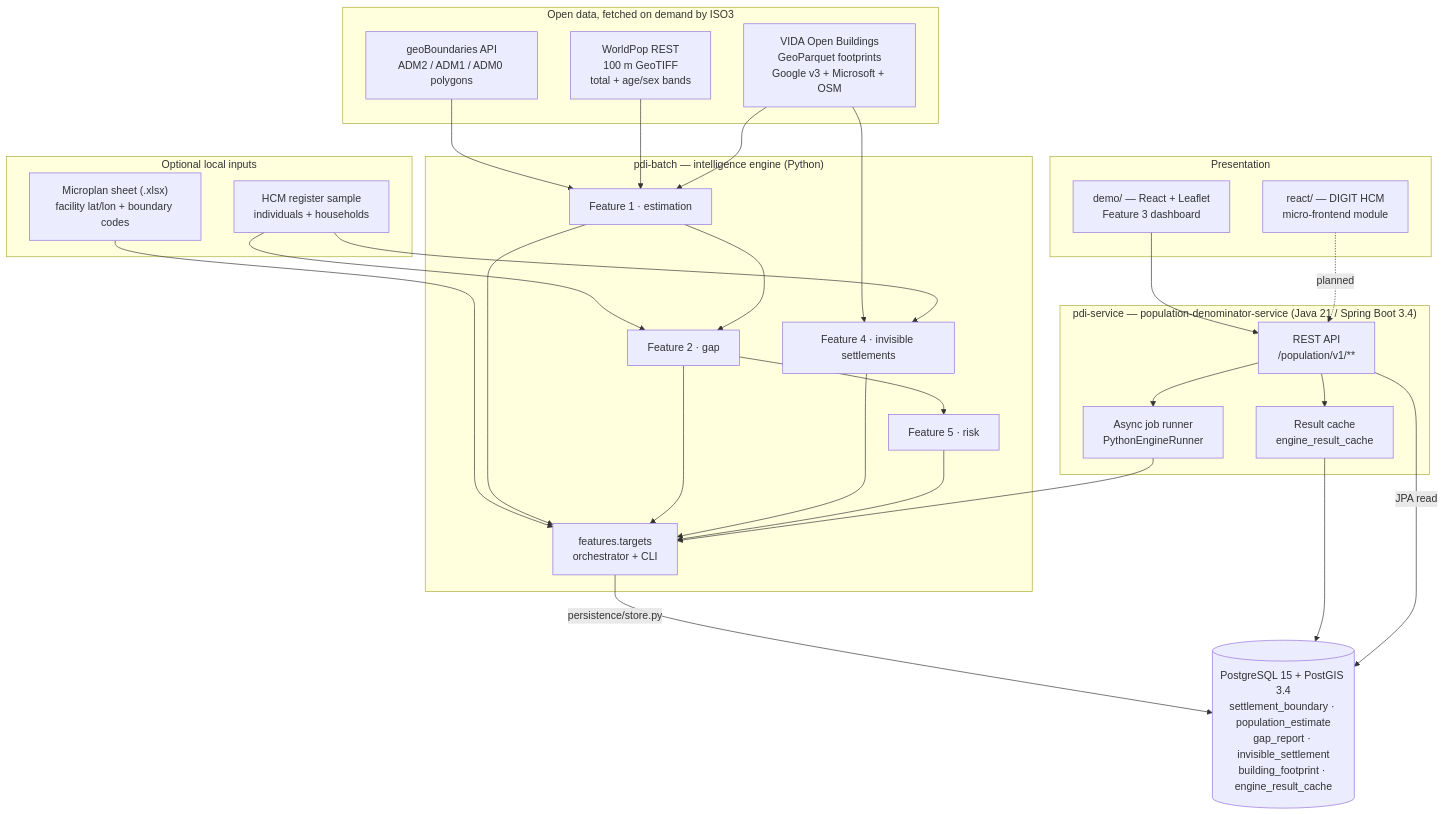
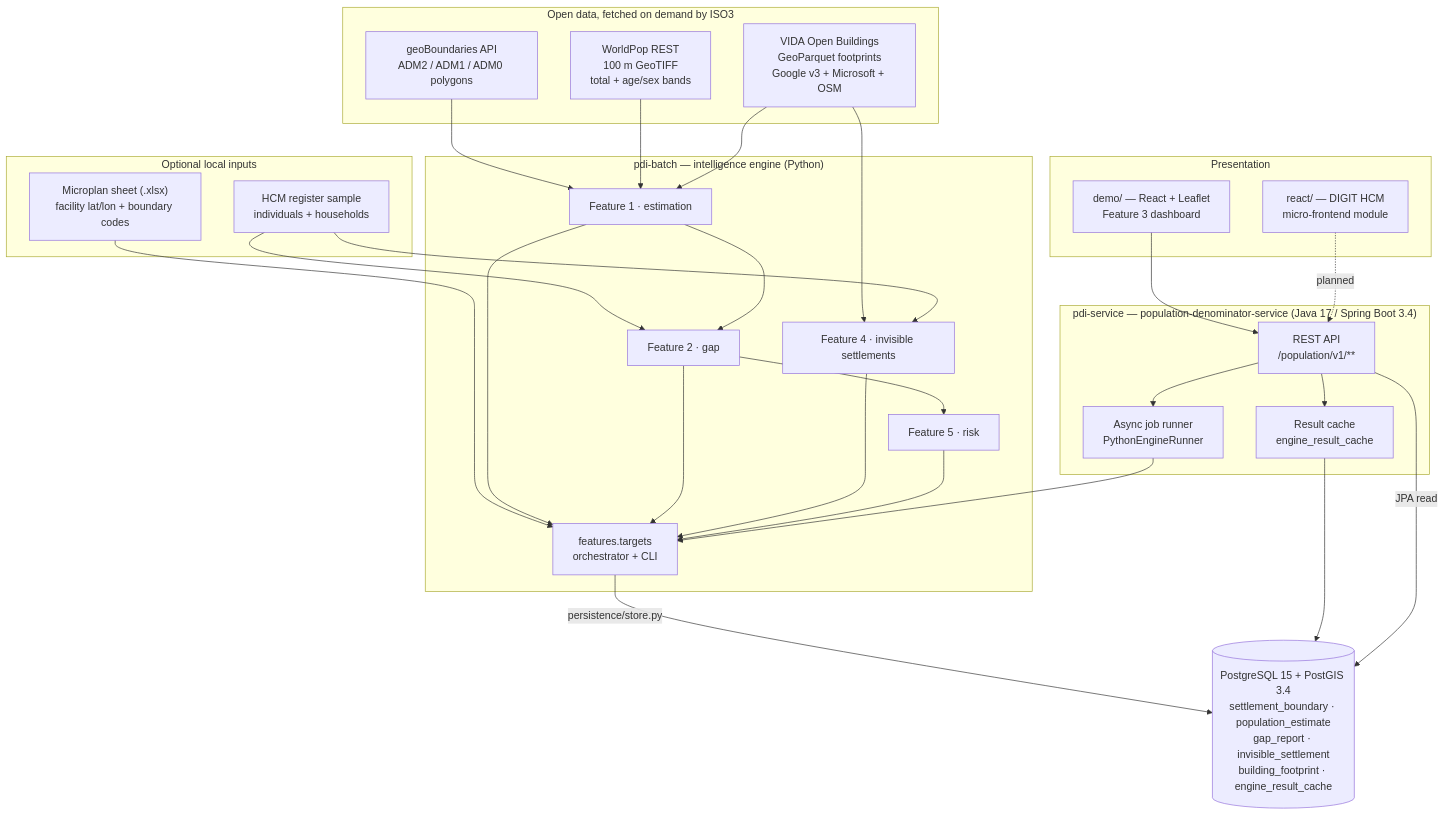
The first of 4 diagrams in PES-U/population-denominator-intelligence/README.md (KAshyapk07/eGov-PDI), drawn with Mermaid before and after one commit. The commit also changed other lines of this file and 2 other files, not shown here.

First line of the commit message:
fix: target Java 17 instead of Java 21

````diff
--- a/PES-U/population-denominator-intelligence/README.md
+++ b/PES-U/population-denominator-intelligence/README.md
@@ -41,49 +41,49 @@
 ```mermaid
 graph TB
     subgraph Sources["Open data, fetched on demand by ISO3"]
         GB["geoBoundaries API<br/>ADM2 / ADM1 / ADM0 polygons"]
         WP["WorldPop REST<br/>100 m GeoTIFF<br/>total + age/sex bands"]
         VIDA["VIDA Open Buildings<br/>GeoParquet footprints<br/>Google v3 + Microsoft + OSM"]
     end
 
     subgraph Local["Optional local inputs"]
         SHEET["Microplan sheet (.xlsx)<br/>facility lat/lon + boundary codes"]
         REG["HCM register sample<br/>individuals + households"]
     end
 
     subgraph Engine["pdi-batch — intelligence engine (Python)"]
         F1["Feature 1 · estimation"]
         F2["Feature 2 · gap"]
         F4["Feature 4 · invisible settlements"]
         F5["Feature 5 · risk"]
         TGT["features.targets<br/>orchestrator + CLI"]
     end
 
-    subgraph Service["pdi-service — population-denominator-service (Java 21 / Spring Boot 3.4)"]
+    subgraph Service["pdi-service — population-denominator-service (Java 17 / Spring Boot 3.4)"]
         JOB["Async job runner<br/>PythonEngineRunner"]
         CACHE["Result cache<br/>engine_result_cache"]
         API["REST API<br/>/population/v1/**"]
     end
 
     PG[("PostgreSQL 15 + PostGIS 3.4<br/>settlement_boundary · population_estimate<br/>gap_report · invisible_settlement<br/>building_footprint · engine_result_cache")]
 
     subgraph UI["Presentation"]
         DEMO["demo/ — React + Leaflet<br/>Feature 3 dashboard"]
         DIGIT["react/ — DIGIT HCM<br/>micro-frontend module"]
     end
 
     GB --> F1
     WP --> F1
     VIDA --> F1 & F4
     SHEET --> TGT
     REG --> F2 & F4
     F1 --> F2 --> F5
     F1 & F2 & F4 & F5 --> TGT
     TGT -->|persistence/store.py| PG
     JOB --> TGT
     API --> JOB
     API --> CACHE --> PG
     API -->|JPA read| PG
     DEMO --> API
     DIGIT -. planned .-> API
 ```
````
